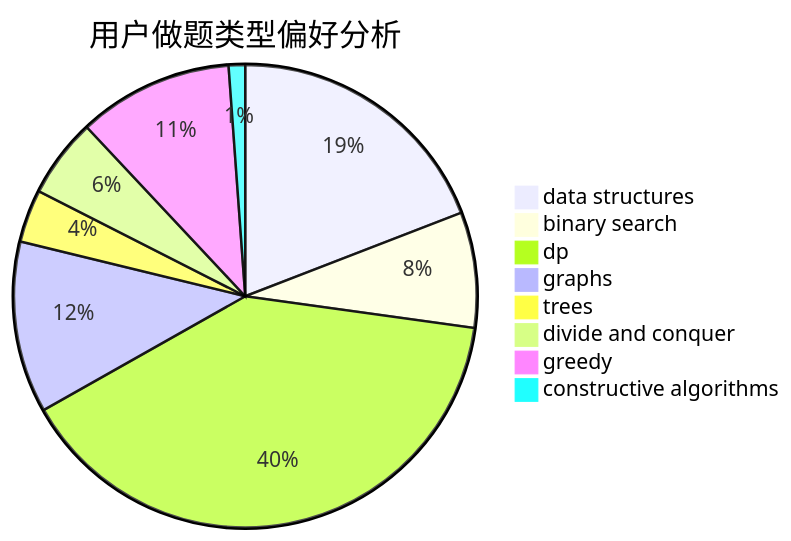
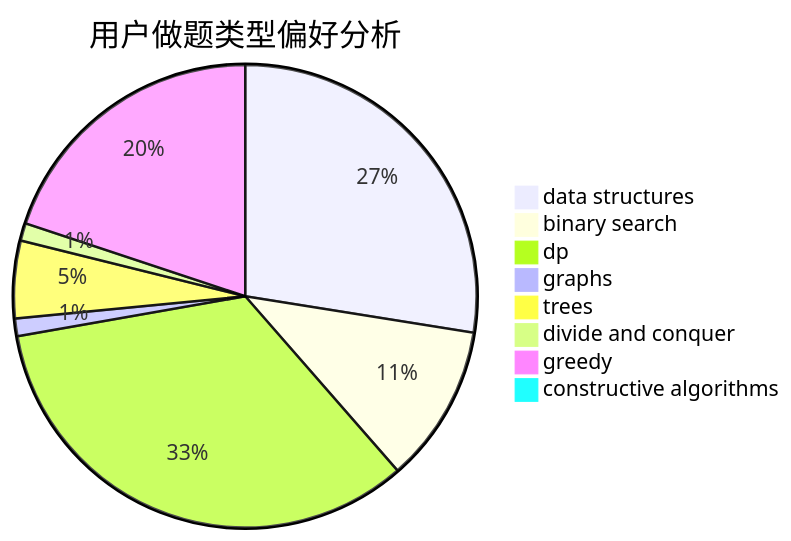
Before and after one commit to sherpahu/cfrs.github.io: the second of 3 diagrams in docs/user/u805.md, drawn with Mermaid. The commit also changed other lines of this file and 2770 other files, not shown here.

````diff
--- a/docs/user/u805.md
+++ b/docs/user/u805.md
@@ -23,11 +23,11 @@
 ```mermaid
 pie title 用户做题类型偏好分析
-    "data structures" :  83
-    "binary search" :  35
-    "dp" :  172
-    "graphs" :  52
-    "trees" :  16
-    "divide and conquer" :  24
-    "greedy" :  47
-    "constructive algorithms" :  5
+    "data structures" :  112
+    "binary search" :  45
+    "dp" :  137
+    "graphs" :  5
+    "trees" :  22
+    "divide and conquer" :  5
+    "greedy" :  81
+    "constructive algorithms" :  3
 ```
````
